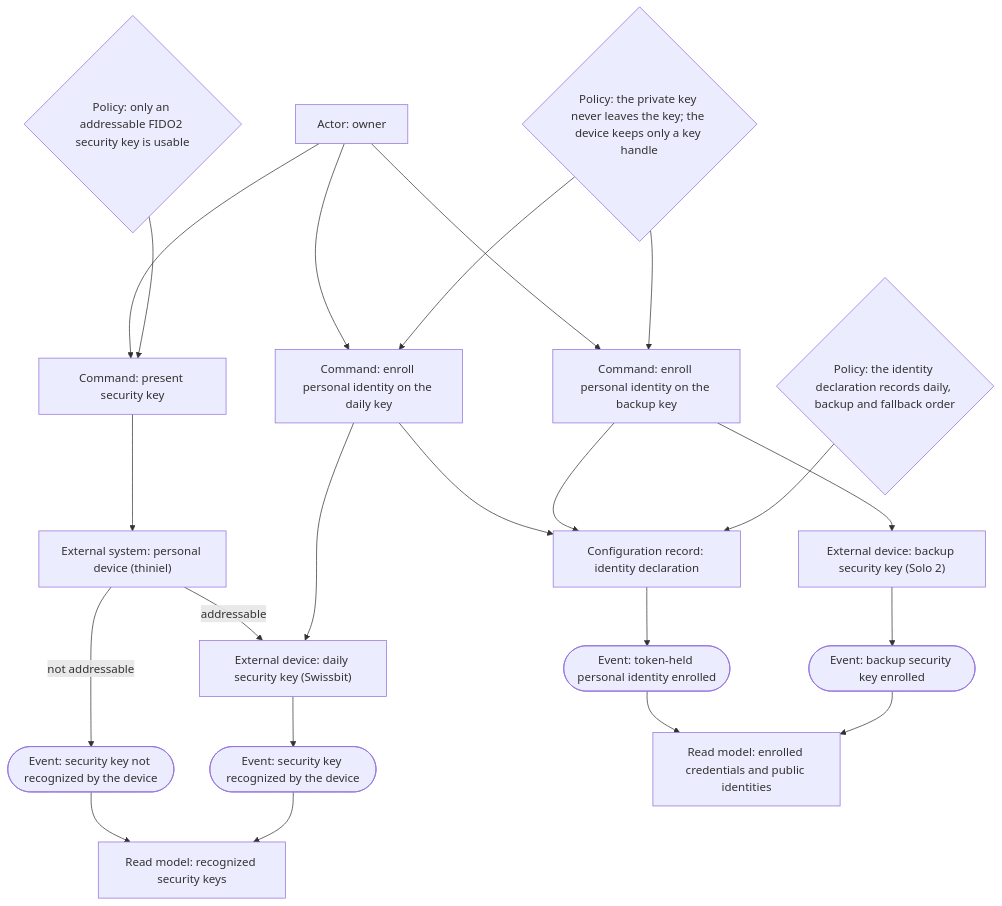
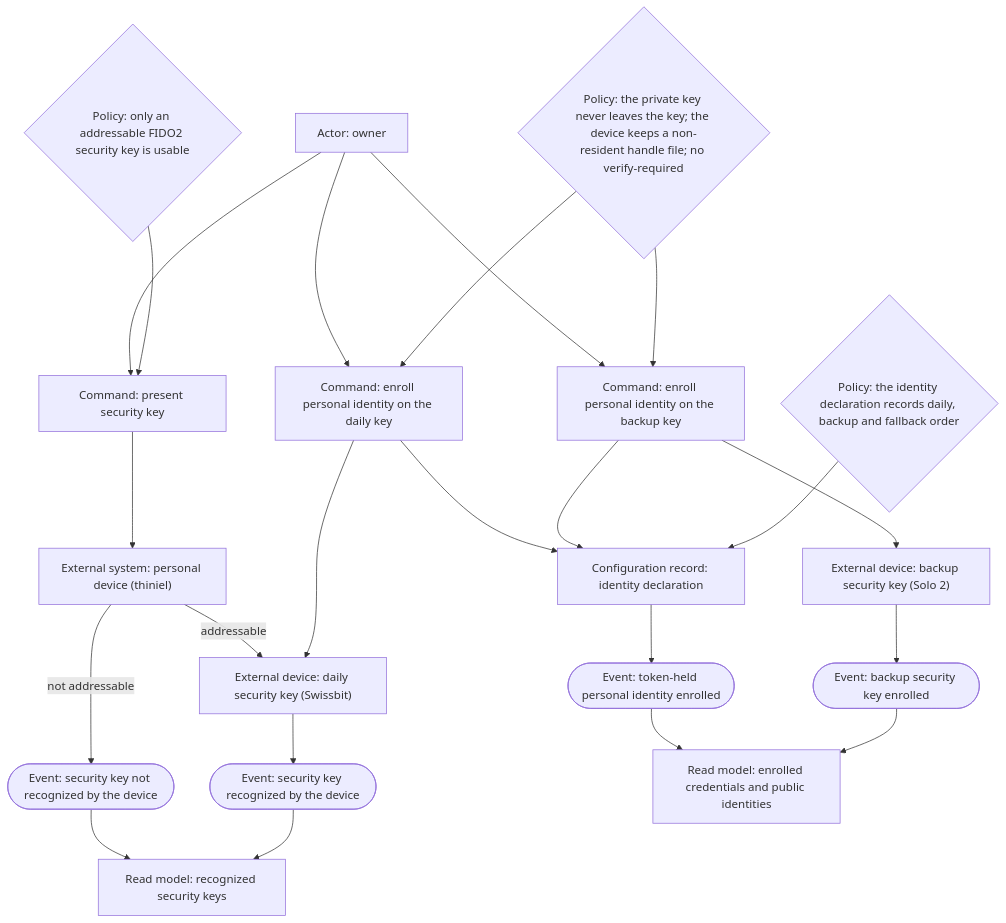
Before and after one commit to kressnerd/nix-config: the first of 10 diagrams in givn/ideation/secure-token-keys/eventstorming.md, drawn with Mermaid. The commit also changed other lines of this file and 10 other files, not shown here.

First line of the commit message:
docs(secure-token-keys): use non-resident SSH handles

````diff
--- a/givn/ideation/secure-token-keys/eventstorming.md
+++ b/givn/ideation/secure-token-keys/eventstorming.md
@@ -47,35 +57,35 @@
 ```mermaid
 flowchart TD
   aO["Actor: owner"]
   aP1["Command: present security key"]
   aDEV["External system: personal device (thiniel)"]
   aK1["External device: daily security key (Swissbit)"]
   aK2["External device: backup security key (Solo 2)"]
   aC1["Configuration record: identity declaration"]
   aE0(["Event: security key not recognized by the device"])
   aE1(["Event: security key recognized by the device"])
   aE2(["Event: token-held personal identity enrolled"])
   aE4(["Event: backup security key enrolled"])
   aR0["Read model: recognized security keys"]
   aR2["Read model: enrolled credentials and public identities"]
   aP2["Command: enroll personal identity on the daily key"]
   aP4["Command: enroll personal identity on the backup key"]
   aP1A{"Policy: only an addressable FIDO2 security key is usable"}
-  aP1B{"Policy: the private key never leaves the key; the device keeps only a key handle"}
+  aP1B{"Policy: the private key never leaves the key; the device keeps a non-resident handle file; no verify-required"}
   aP1C{"Policy: the identity declaration records daily, backup and fallback order"}
 
   aO --> aP1 --> aDEV
   aDEV -->|addressable| aK1
   aDEV -->|not addressable| aE0 --> aR0
   aK1 --> aE1 --> aR0
   aO --> aP2 --> aK1
   aP2 --> aC1
   aC1 --> aE2 --> aR2
   aO --> aP4 --> aK2
   aP4 --> aC1
   aK2 --> aE4 --> aR2
   aP1A --> aP1
   aP1B --> aP2
   aP1B --> aP4
   aP1C --> aC1
 ```
````
